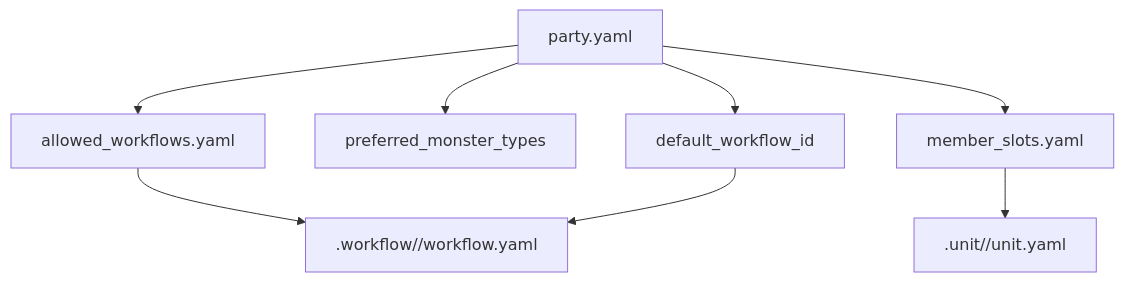
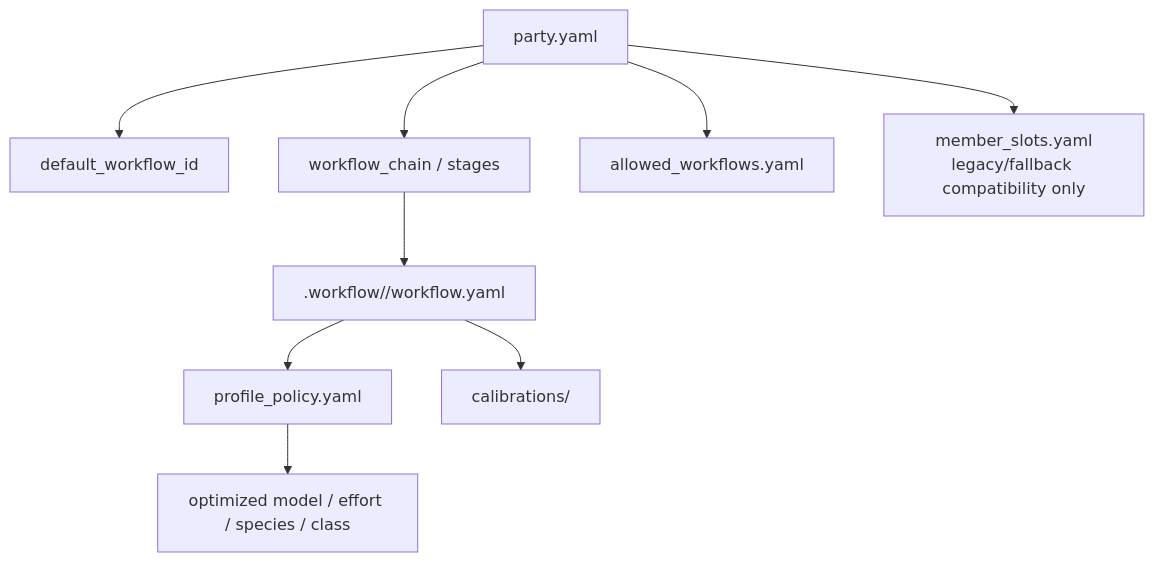
Before and after one commit to SungYongMOON/soulforge: the first of 2 diagrams in .party/README.md, drawn with Mermaid. The commit also changed other lines of this file and 91 other files, not shown here.

````diff
--- a/.party/README.md
+++ b/.party/README.md
@@ -15,10 +18,11 @@
 ```mermaid
 flowchart TD
   P["party.yaml"] --> DW["default_workflow_id"]
-  P --> PM["preferred_monster_types"]
-  P --> MS["member_slots.yaml"]
+  P --> WC["workflow_chain / stages"]
   P --> AW["allowed_workflows.yaml"]
-  MS --> U[".unit/<unit_id>/unit.yaml"]
-  AW --> WF[".workflow/<workflow_id>/workflow.yaml"]
-  DW --> WF
+  WC --> WF1[".workflow/<workflow_id>/workflow.yaml"]
+  WF1 --> PP["profile_policy.yaml"]
+  WF1 --> CAL["calibrations/"]
+  PP --> OPT["optimized model / effort / species / class"]
+  P --> MS["member_slots.yaml<br/>legacy/fallback compatibility only"]
 ```
````
